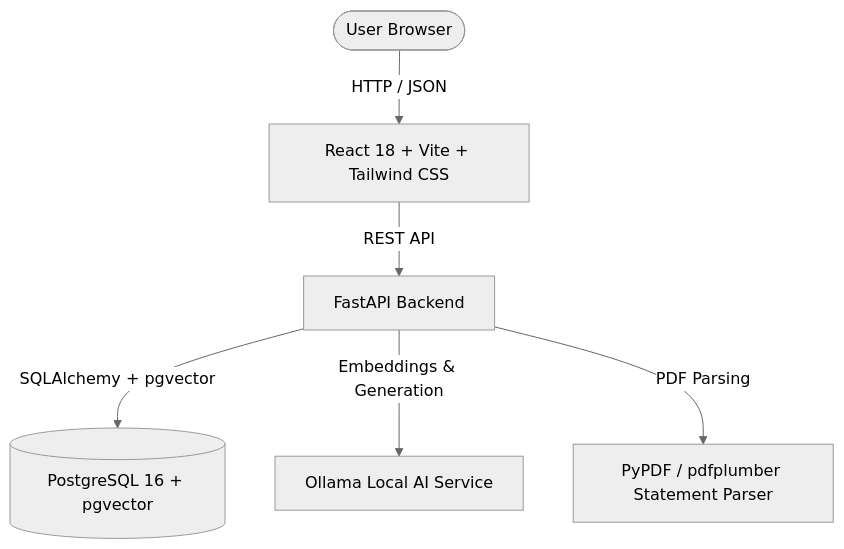
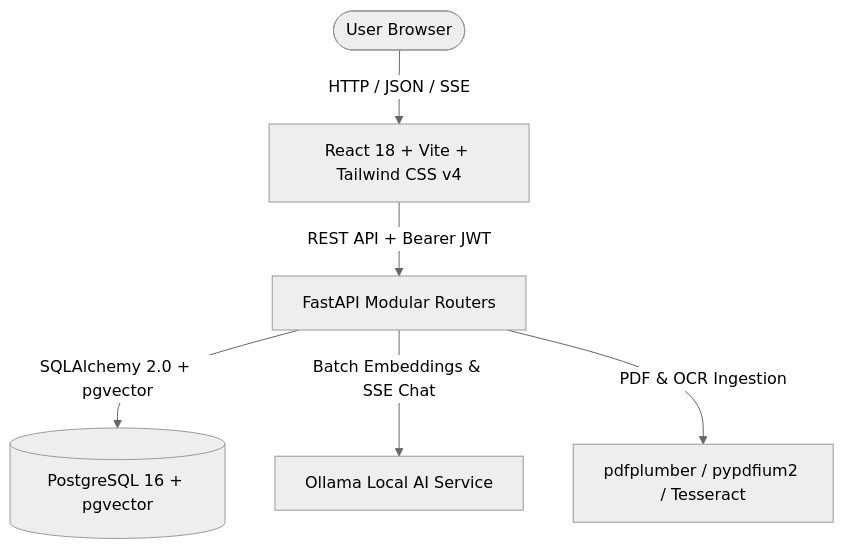
One commit to abhaykeluskar/wise-raman changed the diagram in README.md. Above: the diagram before and after it, drawn with Mermaid (neutral theme). The commit also changed other lines of this file and 18 other files, not shown here.

````diff
--- a/README.md
+++ b/README.md
@@ -66,8 +83,8 @@
 ```mermaid
 graph TD
-    User([User Browser]) -->|HTTP / JSON| Frontend[React 18 + Vite + Tailwind CSS]
-    Frontend -->|REST API| Backend[FastAPI Backend]
-    Backend -->|SQLAlchemy + pgvector| Database[(PostgreSQL 16 + pgvector)]
-    Backend -->|Embeddings & Generation| Ollama[Ollama Local AI Service]
-    Backend -->|PDF Parsing| PDFParser[PyPDF / pdfplumber Statement Parser]
+    User([User Browser]) -->|HTTP / JSON / SSE| Frontend[React 18 + Vite + Tailwind CSS v4]
+    Frontend -->|REST API + Bearer JWT| Backend[FastAPI Modular Routers]
+    Backend -->|SQLAlchemy 2.0 + pgvector| Database[(PostgreSQL 16 + pgvector)]
+    Backend -->|Batch Embeddings & SSE Chat| Ollama[Ollama Local AI Service]
+    Backend -->|PDF & OCR Ingestion| PDFEngine[pdfplumber / pypdfium2 / Tesseract]
 ```
````
